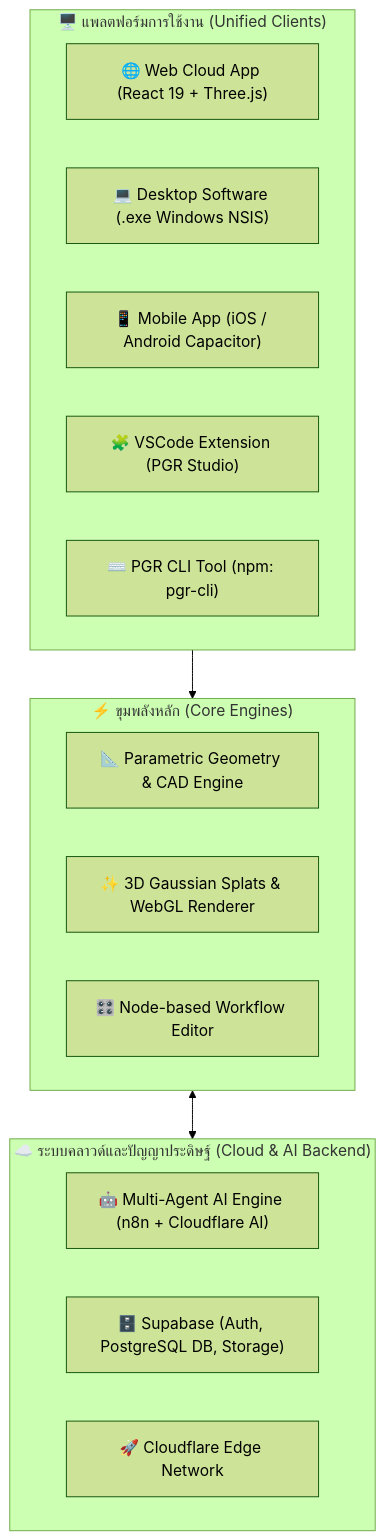
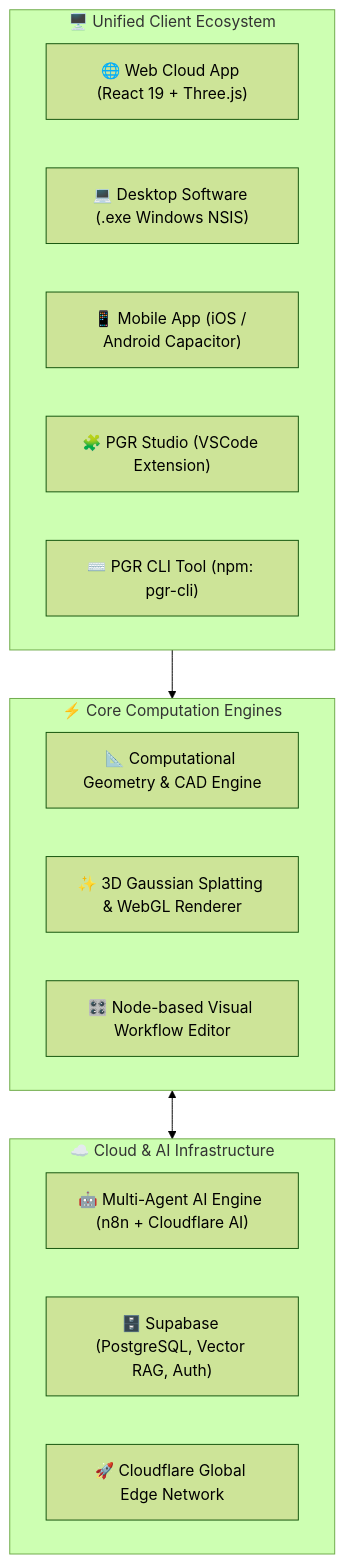
Before and after one commit to PYGRASSREAL/PyGrassReal-Showcase: the diagram in README.md, drawn with Mermaid (forest theme). The commit also changed other lines of this file and 4 other files, not shown here.

````diff
--- a/README.md
+++ b/README.md
@@ -116,25 +121,25 @@
 ```mermaid
 graph TB
-    subgraph Clients["🖥️ แพลตฟอร์มการใช้งาน (Unified Clients)"]
+    subgraph Clients["🖥️ Unified Client Ecosystem"]
         Web["🌐 Web Cloud App (React 19 + Three.js)"]
         Desktop["💻 Desktop Software (.exe Windows NSIS)"]
         Mobile["📱 Mobile App (iOS / Android Capacitor)"]
-        IDE["🧩 VSCode Extension (PGR Studio)"]
+        IDE["🧩 PGR Studio (VSCode Extension)"]
         CLI["⌨️ PGR CLI Tool (npm: pgr-cli)"]
     end
 
-    subgraph CoreEngine["⚡ ขุมพลังหลัก (Core Engines)"]
-        Parametric["📐 Parametric Geometry & CAD Engine"]
-        SplatViewer["✨ 3D Gaussian Splats & WebGL Renderer"]
-        NodeWorkspace["🎛️ Node-based Workflow Editor"]
+    subgraph CoreEngine["⚡ Core Computation Engines"]
+        CADCore["📐 Computational Geometry & CAD Engine"]
+        SplatViewer["✨ 3D Gaussian Splatting & WebGL Renderer"]
+        NodeWorkspace["🎛️ Node-based Visual Workflow Editor"]
     end
 
-    subgraph AICloud["☁️ ระบบคลาวด์และปัญญาประดิษฐ์ (Cloud & AI Backend)"]
+    subgraph AICloud["☁️ Cloud & AI Infrastructure"]
         Orchestrator["🤖 Multi-Agent AI Engine (n8n + Cloudflare AI)"]
-        SupaDB["🗄️ Supabase (Auth, PostgreSQL DB, Storage)"]
-        EdgeWorkers["🚀 Cloudflare Edge Network"]
+        SupaDB["🗄️ Supabase (PostgreSQL, Vector RAG, Auth)"]
+        EdgeWorkers["🚀 Cloudflare Global Edge Network"]
     end
 
     Clients --> CoreEngine
     CoreEngine <--> AICloud
 ```
````
